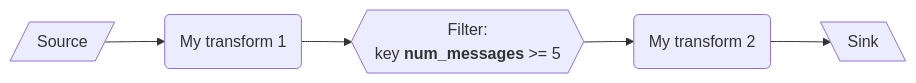
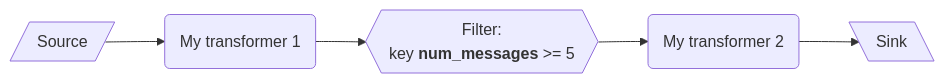
The first of 2 diagrams in README.md (glassflow/pipelines-repo-template), drawn with Mermaid before and after one commit. The commit also changed other lines of this file, not shown here.

````diff
--- a/README.md
+++ b/README.md
@@ -198,13 +198,13 @@
 ```mermaid
 ---
 Sequential pipeline with filtering block
 ---
 flowchart LR
     source@{ shape: lean-r, label: "Source" }
     sink@{ shape: lean-l, label: "Sink" }
-    fn_1@{ shape: rounded, label: "My transform 1" }
+    fn_1@{ shape: rounded, label: "My transformer 1" }
     filter@{ shape: hex, label: "Filter:\nkey **num_messages** >= 5" }
-    fn_2@{ shape: rounded, label: "My transform 2" }
+    fn_2@{ shape: rounded, label: "My transformer 2" }
     
     source --> fn_1 --> filter --> fn_2 --> sink
 ```
````
